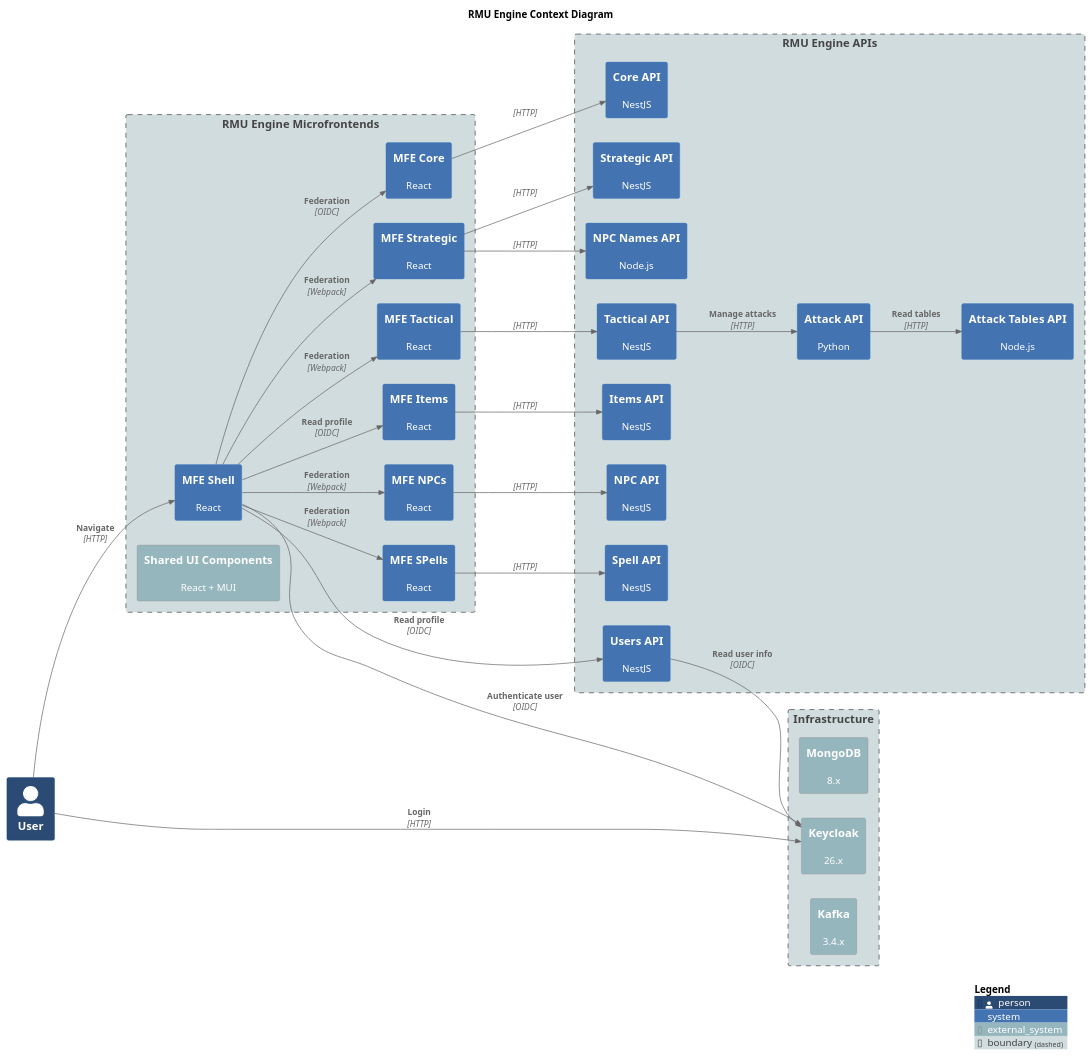
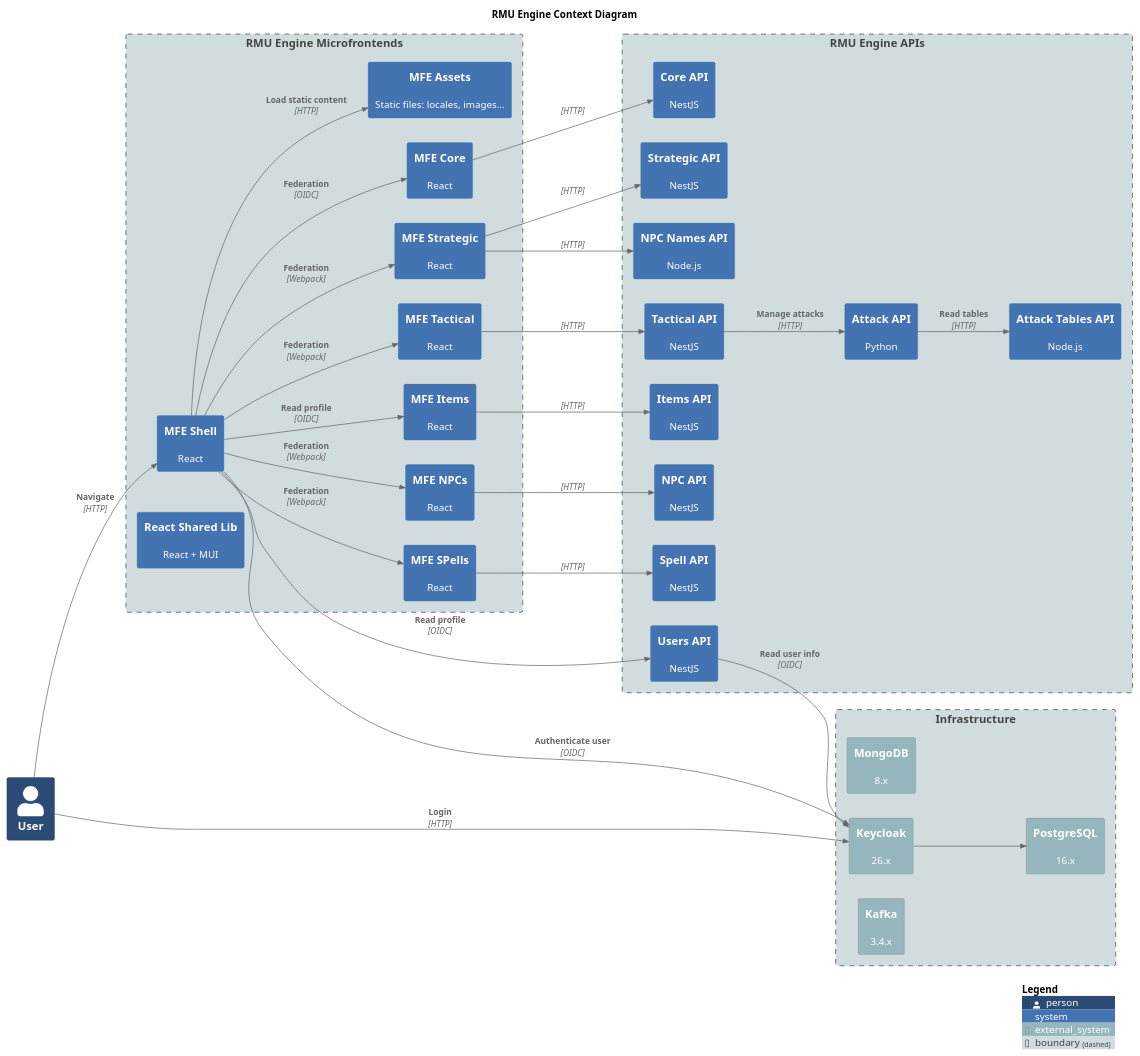
The diagram in diagrams/c4-context.plantuml (labcabrera/rmu-platform), drawn with PlantUML before and after one commit. The commit also changed 2 other files, not shown here.

```diff
--- a/diagrams/c4-context.plantuml
+++ b/diagrams/c4-context.plantuml
@@ -1,79 +1,84 @@
 @startuml c4-context
 title RMU Engine Context Diagram
 
 !include https://raw.githubusercontent.com/plantuml-stdlib/C4-PlantUML/master/C4_Context.puml
 
 LAYOUT_LEFT_RIGHT()
 
 UpdateElementStyle(person, $bgColor="#2b4a74ff")
 UpdateElementStyle(system, $bgColor="#4373b1ff")
 UpdateElementStyle(external_system, $bgColor="#96b6beff")
 UpdateElementStyle(boundary, $bgColor="#d1dcdfff")
 
 Person(user, "User")
 
 Boundary(frontend, "RMU Engine Microfrontends") {
     System(rmu_mfe_shell, "MFE Shell", "React")
     System(rmu_mfe_core, "MFE Core", "React")
     System(rmu_mfe_strategic, "MFE Strategic", "React")
     System(rmu_mfe_tactical, "MFE Tactical", "React")
     System(rmu_mfe_items, "MFE Items", "React")
     System(rmu_mfe_npc, "MFE NPCs", "React")
     System(rmu_mfe_spells, "MFE SPells", "React")
-    System_Ext(rmu_shared_library, "Shared UI Components", "React + MUI")
+    System(rmu_react_shared_lib, "React Shared Lib", "React + MUI")
+    System(rmu_mfe_assets, "MFE Assets", "Static files: locales, images...")
 }
 
 Boundary(apis, "RMU Engine APIs") {
     System(rmu_api_users, "Users API", "NestJS")
     System(rmu_api_core, "Core API", "NestJS")
     System(rmu_api_strategic, "Strategic API", "NestJS")
     System(rmu_api_tactical, "Tactical API", "NestJS")
     System(rmu_api_npc, "NPC API", "NestJS")
     System(rmu_api_npc_names, "NPC Names API", "Node.js")
     System(rmu_api_attack, "Attack API", "Python")
     System(rmu_api_spells, "Spell API", "NestJS")
     System(rmu_api_items, "Items API", "NestJS")
     System(rmu_api_attack_tables, "Attack Tables API", "Node.js")
 }
 
 Boundary(infrastructure, "Infrastructure") {
     System_Ext(mongodb, "MongoDB", "8.x")
     System_Ext(keycloak, "Keycloak", "26.x")
     System_Ext(kafka, "Kafka", "3.4.x")
+    System_Ext(postgresql, "PostgreSQL", "16.x")
 }
 
 Rel(user, rmu_mfe_shell, "Navigate", "HTTP")
 Rel(user, keycloak, "Login", "HTTP")
 
 Rel(rmu_mfe_shell, rmu_mfe_core, "Federation", "OIDC")
 Rel(rmu_mfe_shell, rmu_mfe_strategic, "Federation", "Webpack")
 Rel(rmu_mfe_shell, rmu_mfe_tactical, "Federation", "Webpack")
 Rel(rmu_mfe_shell, rmu_mfe_items, "Read profile", "OIDC")
 Rel(rmu_mfe_shell, rmu_mfe_npc, "Federation", "Webpack")
 Rel(rmu_mfe_shell, rmu_mfe_spells, "Federation", "Webpack")
 
 Rel(rmu_mfe_shell, rmu_api_users, "Read profile", "OIDC")
 Rel(rmu_mfe_shell, keycloak, "Authenticate user", "OIDC")
+Rel(rmu_mfe_shell, rmu_mfe_assets, "Load static content", "HTTP")
 
 Rel(rmu_mfe_core, rmu_api_core, "", "HTTP")
 
 Rel(rmu_mfe_strategic, rmu_api_strategic, "", "HTTP")
 Rel(rmu_mfe_strategic, rmu_api_npc_names, "", "HTTP")
 
 Rel(rmu_mfe_tactical, rmu_api_tactical, "", "HTTP")
 
 Rel(rmu_api_users, keycloak, "Read user info", "OIDC")
 
 Rel(rmu_mfe_npc, rmu_api_npc, "", "HTTP")
 
 Rel(rmu_mfe_items, rmu_api_items, "", "HTTP")
 
 Rel(rmu_mfe_spells, rmu_api_spells, "", "HTTP")
 
 Rel(rmu_api_tactical, rmu_api_attack, "Manage attacks", "HTTP")
 
 Rel(rmu_api_attack, rmu_api_attack_tables, "Read tables", "HTTP")
 
+Rel(keycloak, postgresql, "", "")
+
 SHOW_LEGEND()
 
 @enduml
```
